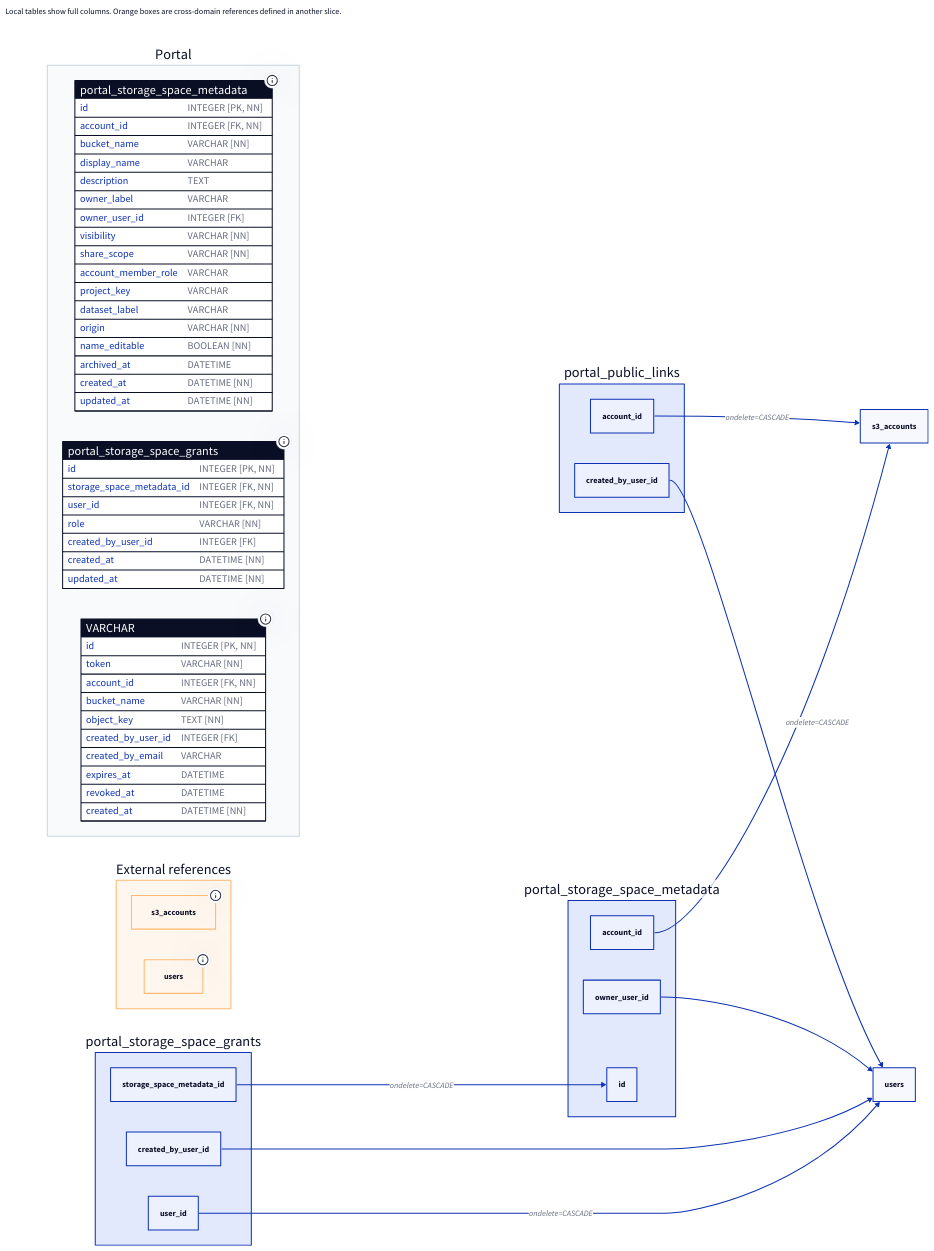
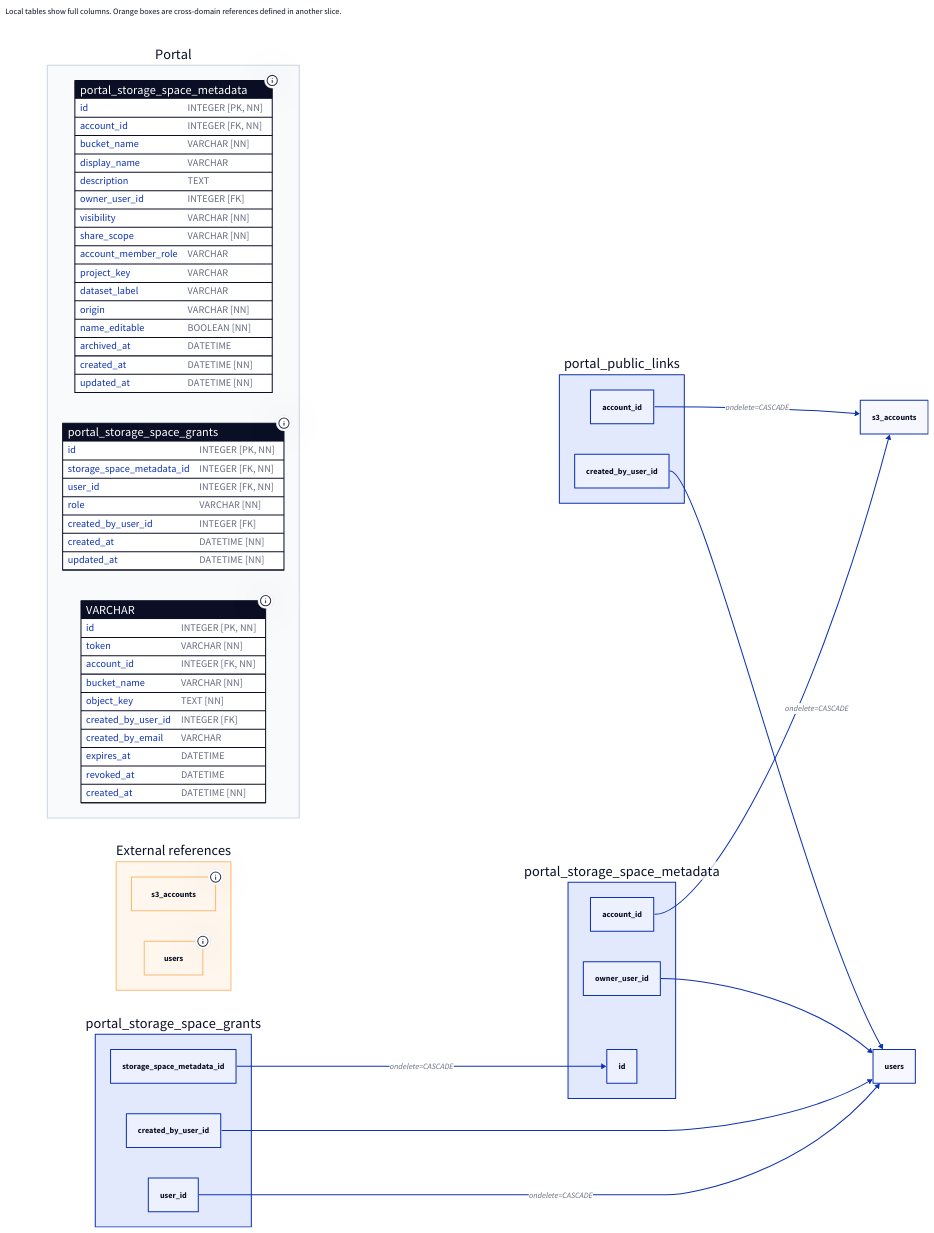
One commit to ksperis/s3-manager changed the diagram in doc/docs/developer/database-schema/portal.d2. Above: the diagram before and after it, drawn with D2. The commit also changed 68 other files, not shown here.

First line of the commit message:
feat(portal)!: enforce strict storage space access

```diff
--- a/doc/docs/developer/database-schema/portal.d2
+++ b/doc/docs/developer/database-schema/portal.d2
@@ -1,93 +1,92 @@
 # Generated from backend/app/db SQLAlchemy models via app.db.Base.metadata.
 # Scope: Portal slice with local columns and cross-domain FK stubs.
 # Column flags: PK=primary key, FK=foreign key, NN=not nullable, UQ=single-column unique.
 # Composite constraints and indexes are available as table tooltips in rendered D2 output.
 direction: right
 classes: {
   table: {
     shape: sql_table
   }
   external: {
     shape: rectangle
     style.fill: "#fff7ed"
     style.stroke: "#fdba74"
   }
 }
 
 Legend: {
   shape: text
   label: "Local tables show full columns. Orange boxes are cross-domain references defined in another slice."
 }
 
 "Portal": {
   style.fill: "#f8fafc"
   style.stroke: "#cbd5e1"
   "portal_storage_space_metadata": {
     class: table
-    tooltip: "PK: id\nUnique: uq_portal_storage_space_metadata_account_bucket(account_id, bucket_name)\nCheck: ck_portal_storage_space_metadata_account_member_role: account_member_role IS NULL OR account_member_role IN ('Viewer', 'Editor'); ck_portal_storage_space_metadata_share_scope: share_scope IN ('restricted', 'account')\nIndexes: ix_portal_storage_space_metadata_account(account_id) [index]; ix_portal_storage_space_metadata_id(id) [index]"
+    tooltip: "PK: id\nUnique: uq_portal_storage_space_metadata_account_bucket(account_id, bucket_name)\nCheck: ck_portal_storage_space_metadata_account_member_role: account_member_role IS NULL OR account_member_role IN ('Viewer', 'Editor'); ck_portal_storage_space_metadata_private_owner: (visibility = 'private' AND owner_user_id IS NOT NULL) OR (visibility = 'shared' AND owner_user_id IS NULL); ck_portal_storage_space_metadata_share_scope: share_scope IN ('restricted', 'account')\nIndexes: ix_portal_storage_space_metadata_account(account_id) [index]; ix_portal_storage_space_metadata_id(id) [index]"
     "id": "INTEGER [PK, NN]"
     "account_id": "INTEGER [FK, NN]"
     "bucket_name": "VARCHAR [NN]"
     "display_name": "VARCHAR"
     "description": "TEXT"
-    "owner_label": "VARCHAR"
     "owner_user_id": "INTEGER [FK]"
     "visibility": "VARCHAR [NN]"
     "share_scope": "VARCHAR [NN]"
     "account_member_role": "VARCHAR"
     "project_key": "VARCHAR"
     "dataset_label": "VARCHAR"
     "origin": "VARCHAR [NN]"
     "name_editable": "BOOLEAN [NN]"
     "archived_at": "DATETIME"
     "created_at": "DATETIME [NN]"
     "updated_at": "DATETIME [NN]"
   }
   "portal_storage_space_grants": {
     class: table
-    tooltip: "PK: id\nUnique: uq_portal_storage_space_grants_space_user(storage_space_metadata_id, user_id)\nCheck: ck_portal_storage_space_grants_role: role IN ('Viewer', 'Editor', 'Owner')\nIndexes: ix_portal_storage_space_grants_id(id) [index]; ix_portal_storage_space_grants_space(storage_space_metadata_id) [index]; ix_portal_storage_space_grants_user(user_id) [index]"
+    tooltip: "PK: id\nUnique: uq_portal_storage_space_grants_space_user(storage_space_metadata_id, user_id)\nCheck: ck_portal_storage_space_grants_role: role IN ('Viewer', 'Editor')\nIndexes: ix_portal_storage_space_grants_id(id) [index]; ix_portal_storage_space_grants_space(storage_space_metadata_id) [index]; ix_portal_storage_space_grants_user(user_id) [index]"
     "id": "INTEGER [PK, NN]"
     "storage_space_metadata_id": "INTEGER [FK, NN]"
     "user_id": "INTEGER [FK, NN]"
     "role": "VARCHAR [NN]"
     "created_by_user_id": "INTEGER [FK]"
     "created_at": "DATETIME [NN]"
     "updated_at": "DATETIME [NN]"
   }
   "portal_public_links": {
     class: table
     tooltip: "PK: id\nUnique: uq_portal_public_links_token(token)\nIndexes: ix_portal_public_links_account_bucket(account_id, bucket_name) [index]; ix_portal_public_links_expires(expires_at) [index]; ix_portal_public_links_id(id) [index]"
     "id": "INTEGER [PK, NN]"
     "token": "VARCHAR [NN]"
     "account_id": "INTEGER [FK, NN]"
     "bucket_name": "VARCHAR [NN]"
     "object_key": "TEXT [NN]"
     "label": "VARCHAR"
     "created_by_user_id": "INTEGER [FK]"
     "created_by_email": "VARCHAR"
     "expires_at": "DATETIME"
     "revoked_at": "DATETIME"
     "created_at": "DATETIME [NN]"
   }
 }
 
 "External references": {
   style.fill: "#fff7ed"
   style.stroke: "#fdba74"
   "s3_accounts": {
     class: external
     tooltip: "Full definition: doc/docs/developer/database-schema/storage-s3-execution.d2"
   }
   "users": {
     class: external
     tooltip: "Full definition: doc/docs/developer/database-schema/identity-ui-access.d2"
   }
 }
 
 "portal_public_links"."account_id" -> "s3_accounts": "ondelete=CASCADE"
 "portal_public_links"."created_by_user_id" -> "users"
 "portal_storage_space_metadata"."account_id" -> "s3_accounts": "ondelete=CASCADE"
 "portal_storage_space_metadata"."owner_user_id" -> "users"
 "portal_storage_space_grants"."created_by_user_id" -> "users"
 "portal_storage_space_grants"."storage_space_metadata_id" -> "portal_storage_space_metadata"."id": "ondelete=CASCADE"
 "portal_storage_space_grants"."user_id" -> "users": "ondelete=CASCADE"
```
